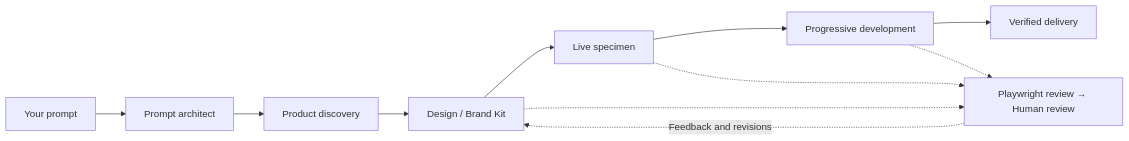
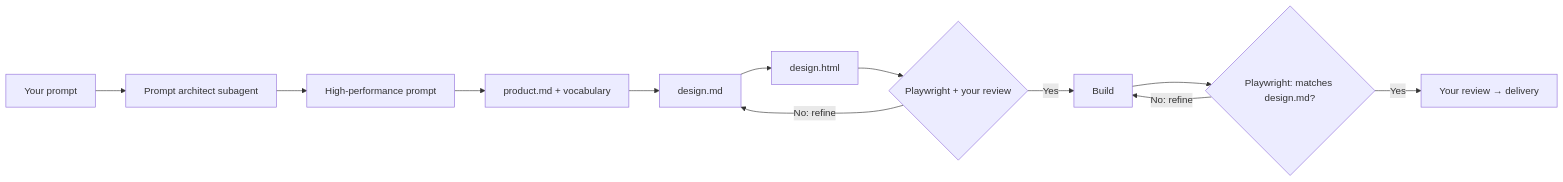
The diagram in README.md (Phantom-Con-Artist/unparalleled-skillset), drawn with Mermaid before and after one commit. The commit also changed other lines of this file and 216 other files, not shown here.

First line of the commit message:
feat: release Unparalleled 1.3.0 with a fixed design flow, design intelligence and Color Intelligence

````diff
--- a/README.md
+++ b/README.md
@@ -82,13 +82,14 @@
 ```mermaid
 flowchart LR
-  A[Your prompt] --> B[Prompt architect]
-  B --> C[Product discovery]
-  C --> D[Design / Brand Kit]
-  D --> E[Live specimen]
-  E --> F[Progressive development]
-  F --> G[Verified delivery]
-  D -.-> R[Playwright review → Human review]
-  E -.-> R
-  F -.-> R
-  R -. Feedback and revisions .-> D
+  A[Your prompt] --> B[Prompt architect subagent]
+  B --> C[High-performance prompt]
+  C --> D[product.md + vocabulary]
+  D --> E[design.md]
+  E --> F[design.html]
+  F --> G{Playwright + your review}
+  G -- No: refine --> E
+  G -- Yes --> H[Build]
+  H --> I{Playwright: matches design.md?}
+  I -- No: refine --> H
+  I -- Yes --> J[Your review → delivery]
 ```
````
